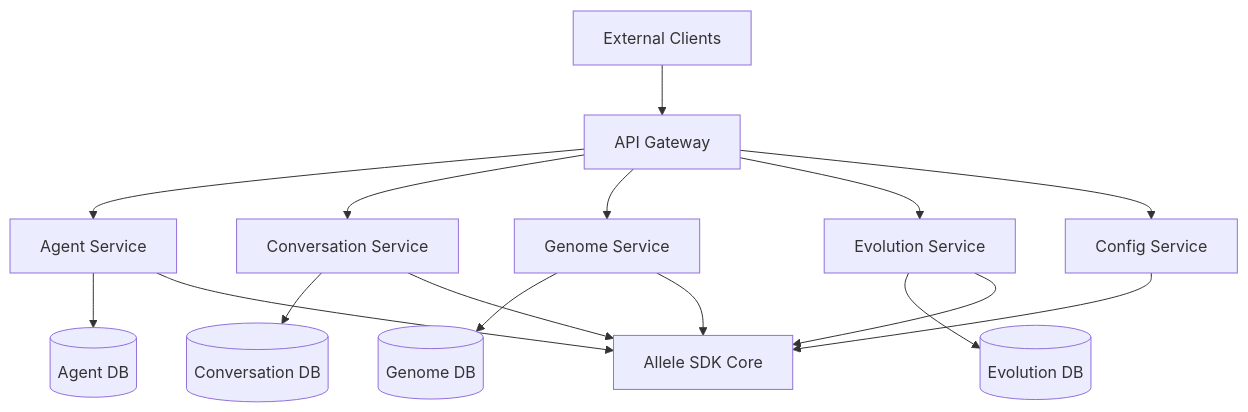
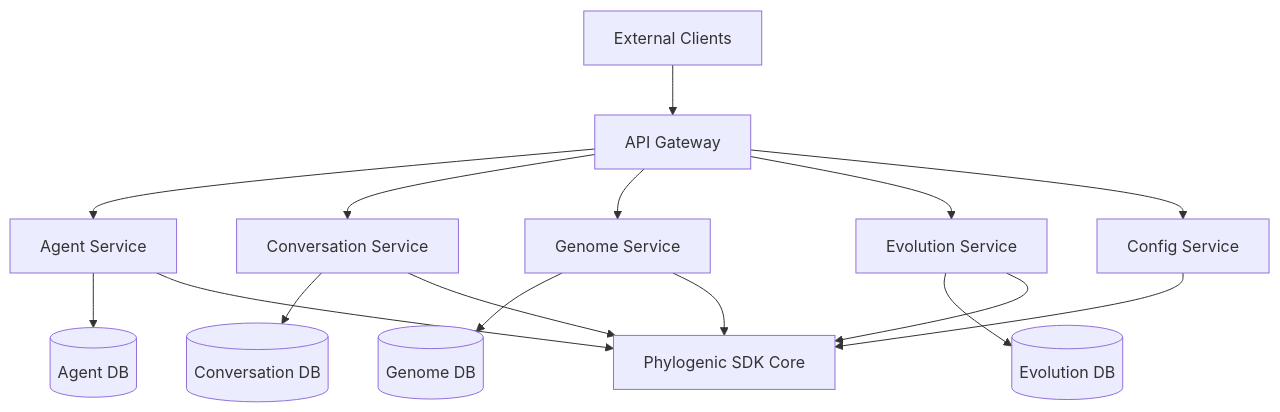
Before and after one commit to PhylogenicAIAgents/Phylogenic-AI-Agents: the diagram in docs/api/README.md, drawn with Mermaid. The commit also changed other lines of this file and 154 other files, not shown here.

````diff
--- a/docs/api/README.md
+++ b/docs/api/README.md
@@ -51,20 +51,20 @@
 ```mermaid
 graph TB
     A[External Clients] --> B[API Gateway]
     B --> C[Agent Service]
     B --> D[Conversation Service]
     B --> E[Genome Service]
     B --> F[Evolution Service]
     B --> G[Config Service]
 
     C --> H[(Agent DB)]
     D --> I[(Conversation DB)]
     E --> J[(Genome DB)]
     F --> K[(Evolution DB)]
 
-    C --> L[Allele SDK Core]
+    C --> L[Phylogenic SDK Core]
     D --> L
     E --> L
     F --> L
     G --> L
 ```
````
